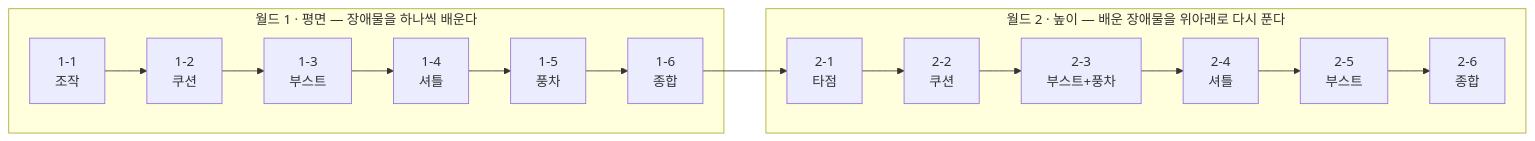
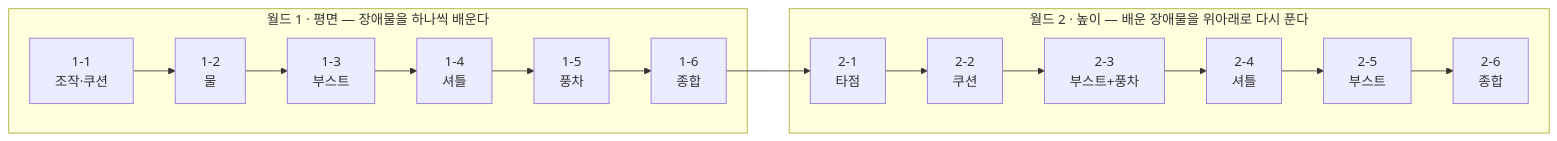
Before and after one commit to parksooha102-ai/portfolio: the first of 3 diagrams in src/4-MiniGolf/기술문서_초안_레벨디자인.md, drawn with Mermaid. The commit also changed other lines of this file and 13 other files, not shown here.

````diff
--- a/src/4-MiniGolf/기술문서_초안_레벨디자인.md
+++ b/src/4-MiniGolf/기술문서_초안_레벨디자인.md
@@ -68,10 +70,10 @@
 ```mermaid
 flowchart LR
     subgraph W1["월드 1 · 평면 — 장애물을 하나씩 배운다"]
-        A["1-1<br/>조작"] --> B["1-2<br/>쿠션"] --> C["1-3<br/>부스트"] --> D["1-4<br/>셔틀"] --> E["1-5<br/>풍차"] --> F["1-6<br/>종합"]
+        A["1-1<br/>조작·쿠션"] --> B["1-2<br/>물"] --> C["1-3<br/>부스트"] --> D["1-4<br/>셔틀"] --> E["1-5<br/>풍차"] --> F["1-6<br/>종합"]
     end
     subgraph W2["월드 2 · 높이 — 배운 장애물을 위아래로 다시 푼다"]
         G["2-1<br/>타점"] --> H["2-2<br/>쿠션"] --> I["2-3<br/>부스트+풍차"] --> J["2-4<br/>셔틀"] --> K["2-5<br/>부스트"] --> L["2-6<br/>종합"]
     end
     F --> G
 ```
````
